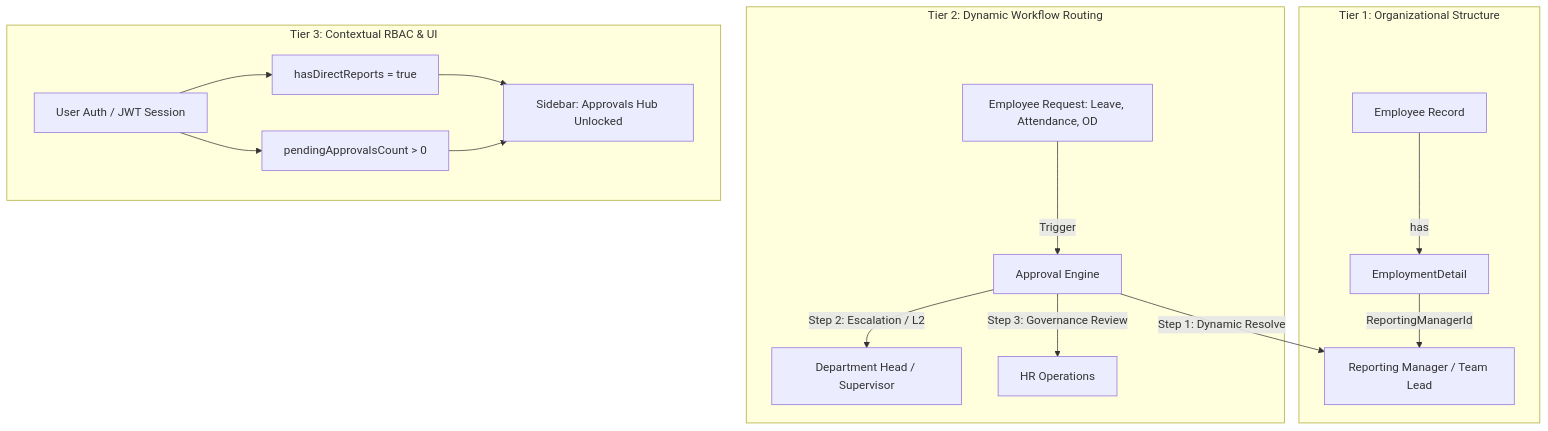
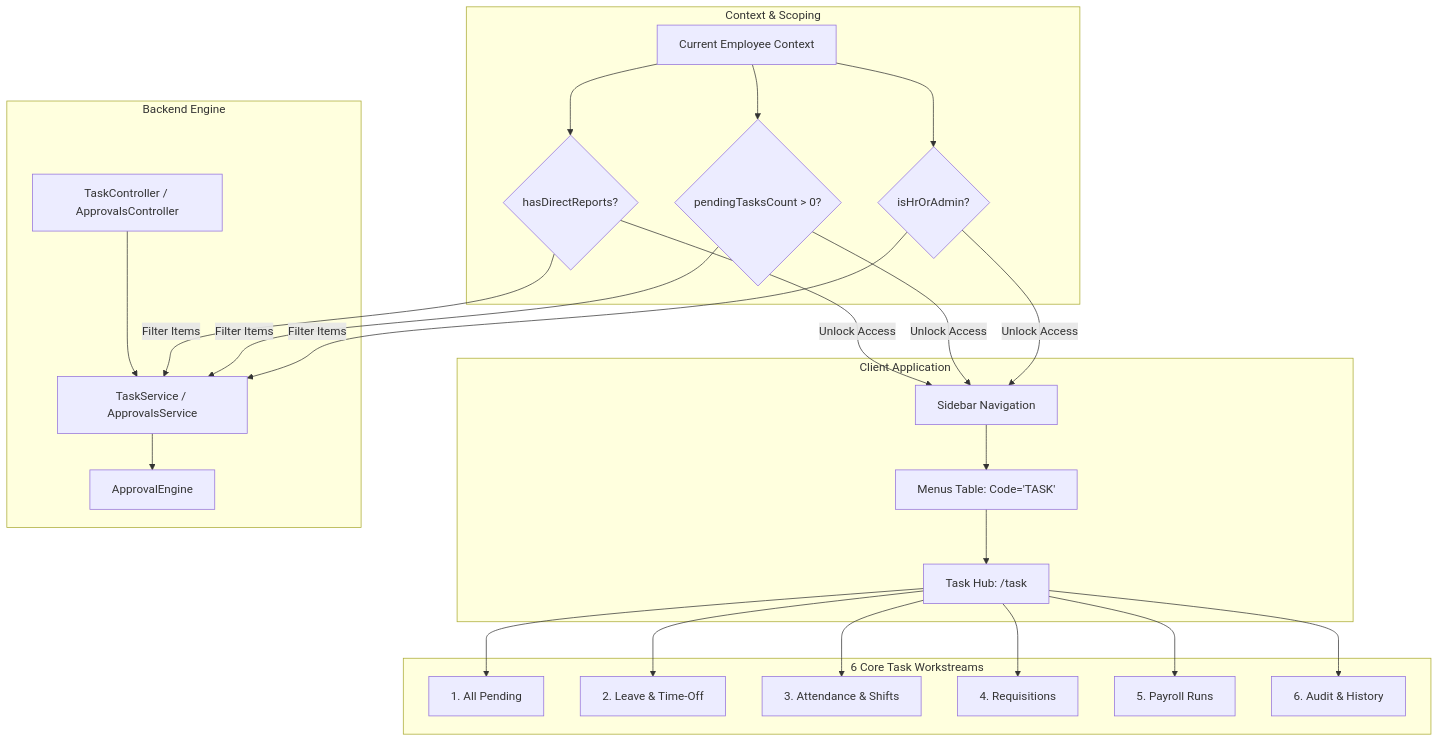
One commit to rksking/HMIS-Docs changed the first of 2 diagrams in reporting_approach.md. Above: the diagram before and after it, drawn with Mermaid. The commit also changed other lines of this file, not shown here.

First line of the commit message:
Revise reporting approach document for clarity and structure

````diff
--- a/reporting_approach.md
+++ b/reporting_approach.md
@@ -22,29 +23,38 @@
 ```mermaid
 graph TD
-    subgraph Tier 1: Organizational Structure
-        EMP[Employee Record]
-        ED[EmploymentDetail]
-        RM[Reporting Manager / Team Lead]
-        EMP -->|has| ED
-        ED -->|ReportingManagerId| RM
+    subgraph Client Application
+        SIDEBAR[Sidebar Navigation]
+        MENU_DB[Menus Table: Code='TASK']
+        TASK_PAGE[Task Hub: /task]
+        SIDEBAR --> MENU_DB
+        MENU_DB --> TASK_PAGE
     end
 
-    subgraph Tier 2: Dynamic Workflow Routing
-        REQ[Employee Request: Leave, Attendance, OD]
-        AE[Approval Engine]
-        REQ -->|Trigger| AE
-        AE -->|Step 1: Dynamic Resolve| RM
-        AE -->|Step 2: Escalation / L2| L2[Department Head / Supervisor]
-        AE -->|Step 3: Governance Review| HR[HR Operations]
+    subgraph 6 Core Task Workstreams
+        TAB1[1. All Pending]
+        TAB2[2. Leave & Time-Off]
+        TAB3[3. Attendance & Shifts]
+        TAB4[4. Requisitions]
+        TAB5[5. Payroll Runs]
+        TAB6[6. Audit & History]
+        TASK_PAGE --> TAB1 & TAB2 & TAB3 & TAB4 & TAB5 & TAB6
     end
 
-    subgraph Tier 3: Contextual RBAC & UI
-        AUTH[User Auth / JWT Session]
-        HDR[hasDirectReports = true]
-        PAC[pendingApprovalsCount > 0]
-        UI[Sidebar: Approvals Hub Unlocked]
-        AUTH --> HDR
-        AUTH --> PAC
-        HDR & PAC --> UI
+    subgraph Backend Engine
+        TC[TaskController / ApprovalsController]
+        TS[TaskService / ApprovalsService]
+        AE[ApprovalEngine]
+        TC --> TS
+        TS --> AE
+    end
+
+    subgraph Context & Scoping
+        EMP[Current Employee Context]
+        HDR{hasDirectReports?}
+        PTC{pendingTasksCount > 0?}
+        HR{isHrOrAdmin?}
+        EMP --> HDR & PTC & HR
+        HDR & PTC & HR -->|Unlock Access| SIDEBAR
+        HDR & PTC & HR -->|Filter Items| TS
     end
 ```
````
